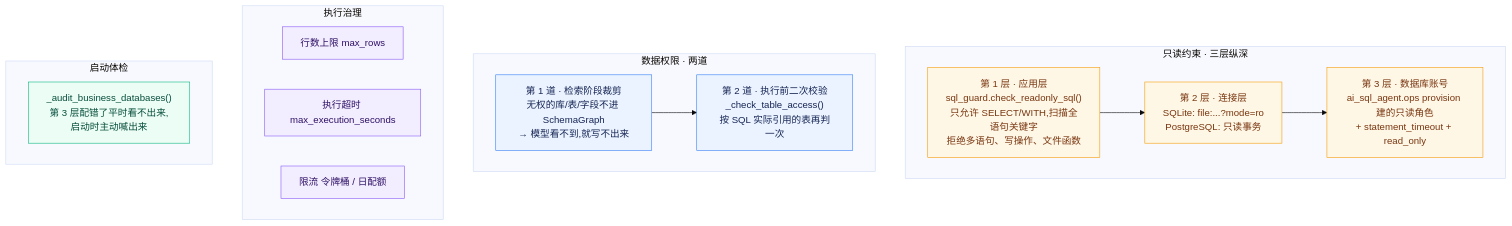
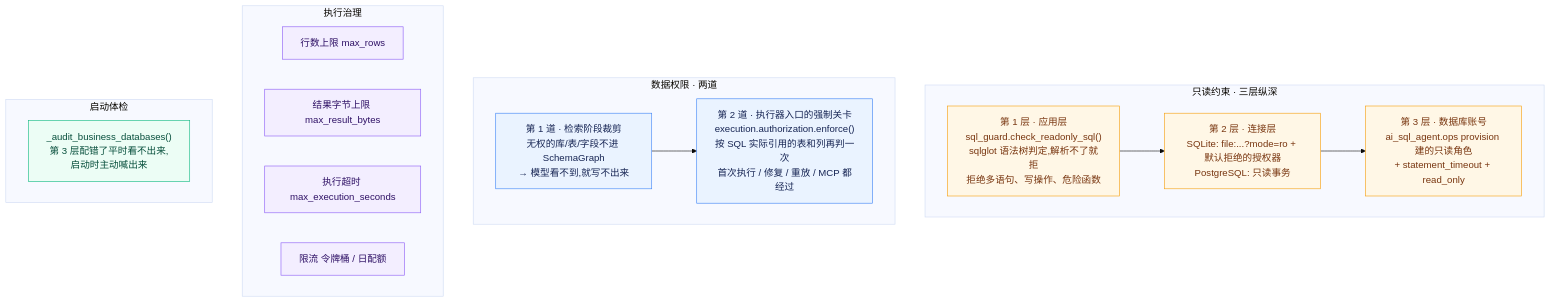
One commit to heyemlee/ai-sql-agent changed the fifth of 6 diagrams in docs/walkthrough.zh-CN.md. Above: the diagram before and after it, drawn with Mermaid (base theme). The commit also changed other lines of this file, not shown here.

````diff
--- a/docs/walkthrough.zh-CN.md
+++ b/docs/walkthrough.zh-CN.md
@@ -1625,34 +2030,35 @@
 ```mermaid
 flowchart TB
     subgraph RO["只读约束 · 三层纵深"]
-        R1["第 1 层 · 应用层<br/>sql_guard.check_readonly_sql()<br/>只允许 SELECT/WITH,扫描全语句关键字<br/>拒绝多语句、写操作、文件函数"]
-        R2["第 2 层 · 连接层<br/>SQLite: file:...?mode=ro<br/>PostgreSQL: 只读事务"]
+        R1["第 1 层 · 应用层<br/>sql_guard.check_readonly_sql()<br/>sqlglot 语法树判定,解析不了就拒<br/>拒绝多语句、写操作、危险函数"]
+        R2["第 2 层 · 连接层<br/>SQLite: file:...?mode=ro + 默认拒绝的授权器<br/>PostgreSQL: 只读事务"]
         R3["第 3 层 · 数据库账号<br/>ai_sql_agent.ops provision 建的只读角色<br/>+ statement_timeout + read_only"]
         R1 --> R2 --> R3
     end
 
     subgraph AC["数据权限 · 两道"]
         A1["第 1 道 · 检索阶段裁剪<br/>无权的库/表/字段不进 SchemaGraph<br/>→ 模型看不到,就写不出来"]
-        A2["第 2 道 · 执行前二次校验<br/>_check_table_access()<br/>按 SQL 实际引用的表再判一次"]
+        A2["第 2 道 · 执行器入口的强制关卡<br/>execution.authorization.enforce()<br/>按 SQL 实际引用的表和列再判一次<br/>首次执行 / 修复 / 重放 / MCP 都经过"]
         A1 --> A2
     end
 
     subgraph GOV["执行治理"]
         G1["行数上限 max_rows"]
-        G2["执行超时 max_execution_seconds"]
-        G3["限流 令牌桶 / 日配额"]
+        G2["结果字节上限 max_result_bytes"]
+        G3["执行超时 max_execution_seconds"]
+        G4["限流 令牌桶 / 日配额"]
     end
 
     subgraph CHK["启动体检"]
         C1["_audit_business_databases()<br/>第 3 层配错了平时看不出来,<br/>启动时主动喊出来"]
     end
 
     classDef ro fill:#FFF7E6,stroke:#F59E0B,color:#78350F;
     classDef ac fill:#EAF3FF,stroke:#3B82F6,color:#172554;
     classDef gv fill:#F3EEFF,stroke:#8B5CF6,color:#2E1065;
     classDef ck fill:#ECFDF5,stroke:#10B981,color:#064E3B;
     class R1,R2,R3 ro;
     class A1,A2 ac;
-    class G1,G2,G3 gv;
+    class G1,G2,G3,G4 gv;
     class C1 ck;
 ```
````
